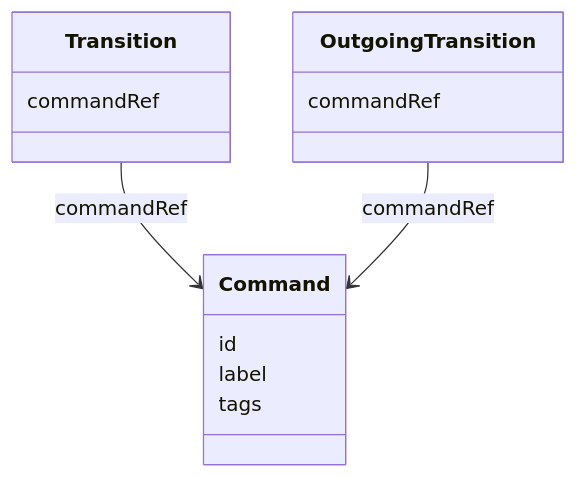
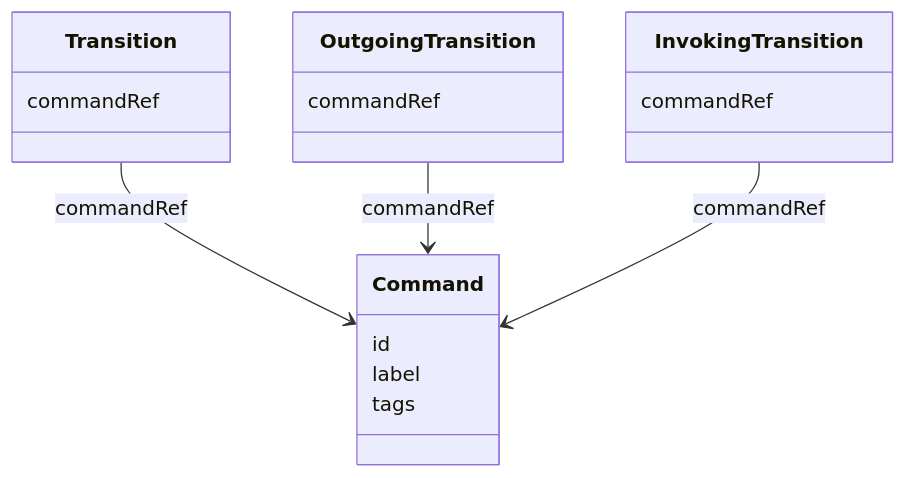
One commit to openuji/spec-ujg changed the fourth of 14 diagrams in specs/ed/graph/index.md. Above: the diagram before and after it, drawn with Mermaid. The commit also changed other lines of this file and 17 other files, not shown here.

````diff
--- a/specs/ed/graph/index.md
+++ b/specs/ed/graph/index.md
@@ -173,17 +174,21 @@
 ```mermaid
 classDiagram
   class Command {
     id
     label
     tags
   }
   class Transition {
     commandRef
   }
   class OutgoingTransition {
     commandRef
   }
+  class InvokingTransition {
+    commandRef
+  }
 
   Transition --> Command : commandRef
   OutgoingTransition --> Command : commandRef
+  InvokingTransition --> Command : commandRef
 ```
````
